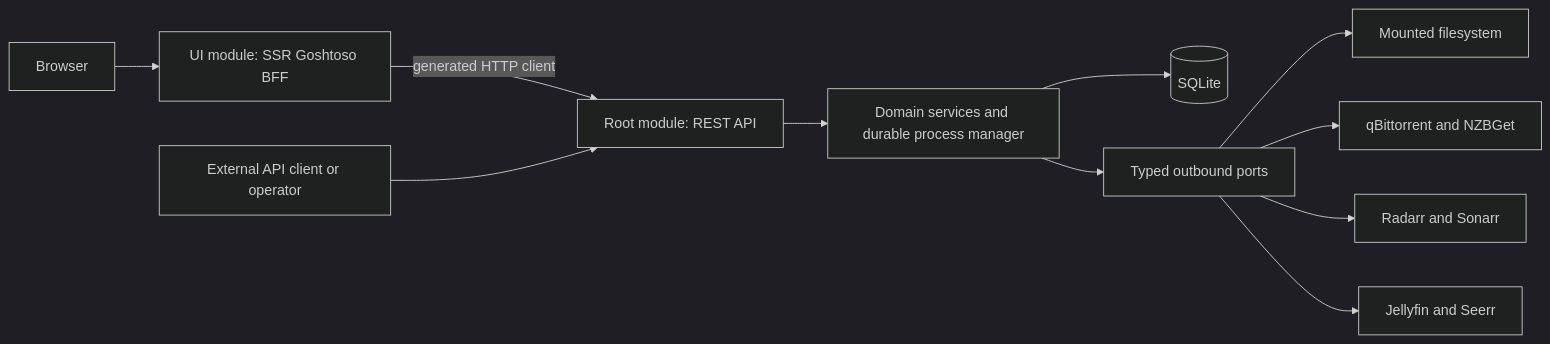
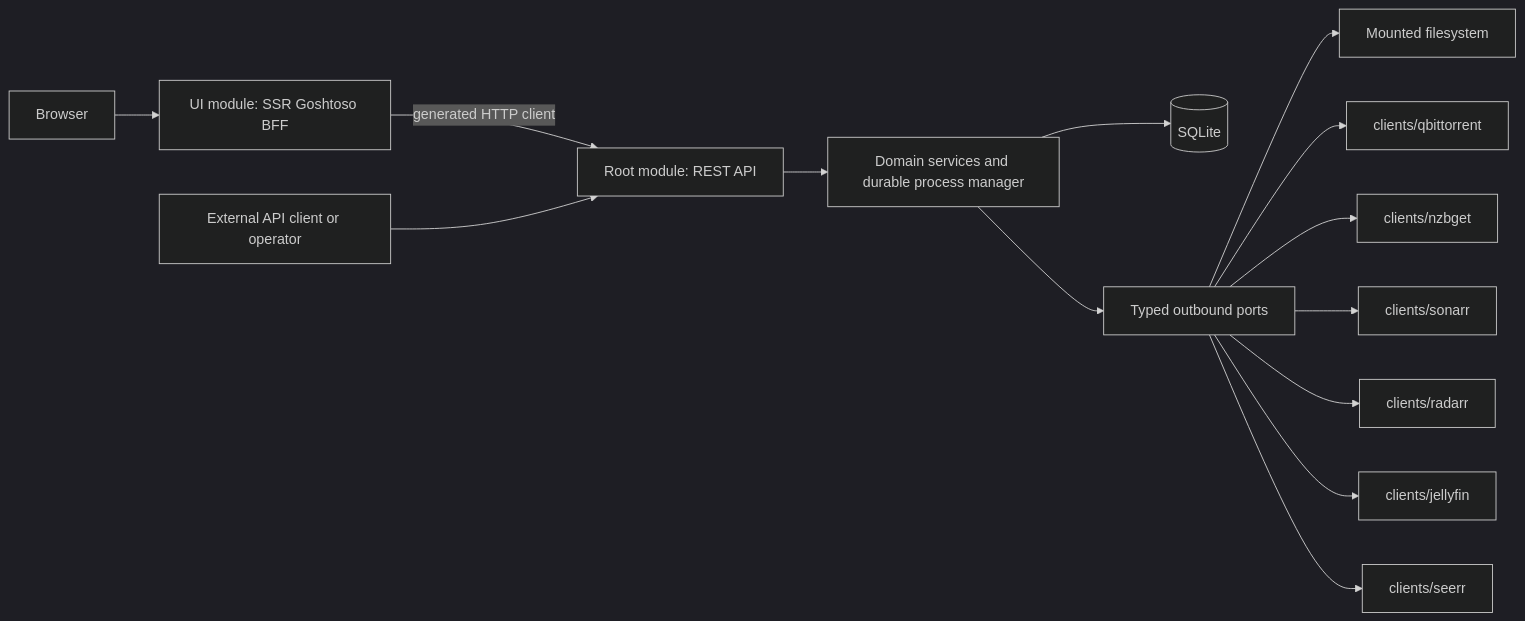
The diagram in docs/specs/spec-001-media-reconciliation/spec-001-media-reconciliation.md (guilycst/managerr), drawn with Mermaid (dark theme) before and after one commit. The commit also changed 9 other files, not shown here.

Commit message:
docs(architecture): plan independent upstream client modules

````diff
--- a/docs/specs/spec-001-media-reconciliation/spec-001-media-reconciliation.md
+++ b/docs/specs/spec-001-media-reconciliation/spec-001-media-reconciliation.md
@@ -40,13 +40,16 @@
 ```mermaid
 flowchart LR
   Browser --> BFF[UI module: SSR Goshtoso BFF]
   BFF -->|generated HTTP client| API[Root module: REST API]
   Operator[External API client or operator] --> API
   API --> Domain[Domain services and durable process manager]
   Domain --> DB[(SQLite)]
   Domain --> Ports[Typed outbound ports]
   Ports --> FS[Mounted filesystem]
-  Ports --> Clients[qBittorrent and NZBGet]
-  Ports --> Arr[Radarr and Sonarr]
-  Ports --> Catalog[Jellyfin and Seerr]
+  Ports --> QB[clients/qbittorrent]
+  Ports --> NZB[clients/nzbget]
+  Ports --> SON[clients/sonarr]
+  Ports --> RAD[clients/radarr]
+  Ports --> JF[clients/jellyfin]
+  Ports --> SE[clients/seerr]
 ```
````
